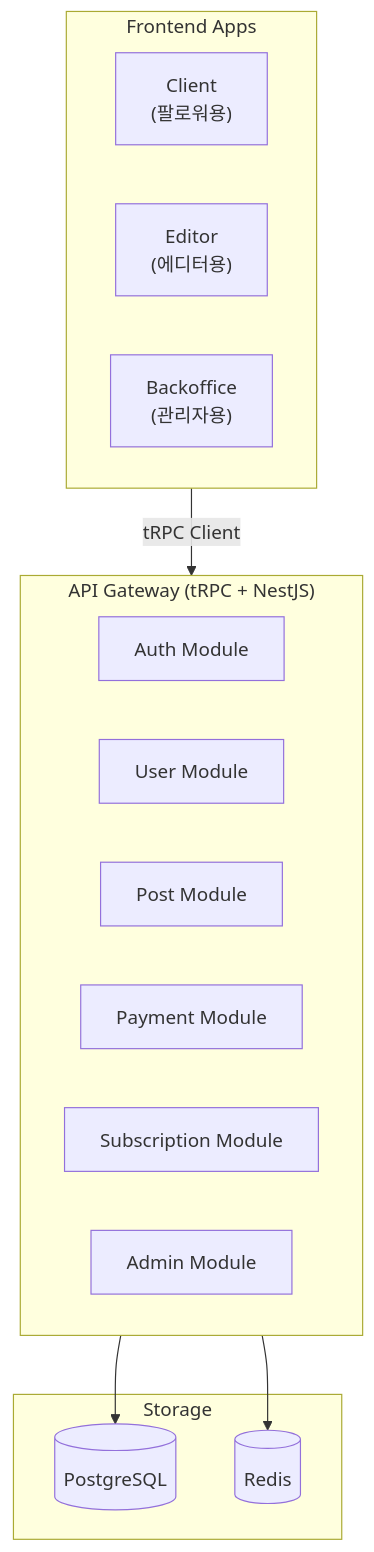
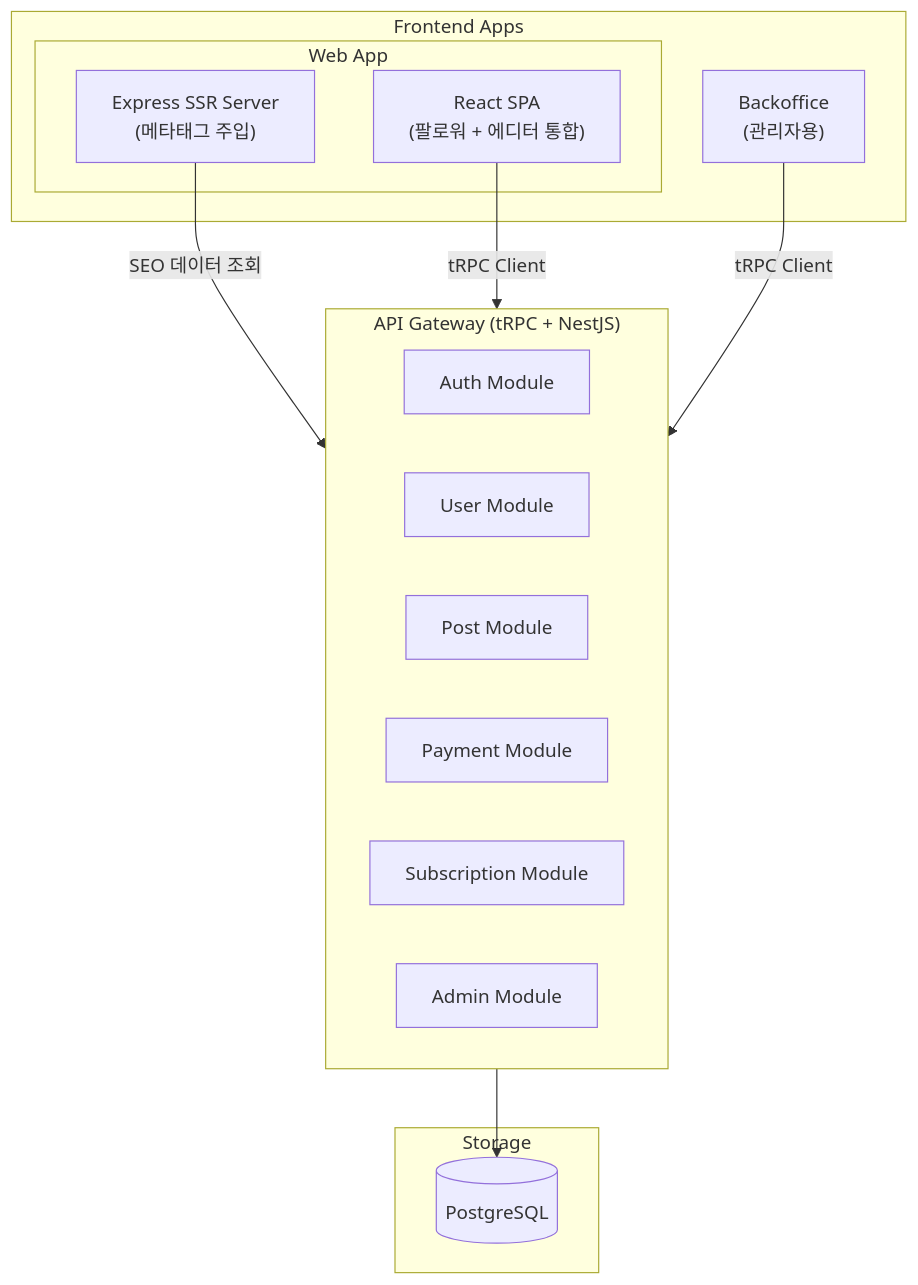
Before and after one commit to overdunenet/readly: the first of 3 diagrams in .claude/context/architecture/INDEX.md, drawn with Mermaid. The commit also changed other lines of this file and 8 other files, not shown here.

````diff
--- a/.claude/context/architecture/INDEX.md
+++ b/.claude/context/architecture/INDEX.md
@@ -16,26 +16,28 @@
 ```mermaid
 flowchart TB
     subgraph Frontend["Frontend Apps"]
-        Client["Client<br/>(팔로워용)"]
-        Editor["Editor<br/>(에디터용)"]
+        subgraph WebApp["Web App"]
+            SSR["Express SSR Server<br/>(메타태그 주입)"]
+            SPA["React SPA<br/>(팔로워 + 에디터 통합)"]
+        end
         Backoffice["Backoffice<br/>(관리자용)"]
     end
 
     subgraph API["API Gateway (tRPC + NestJS)"]
         Auth["Auth Module"]
         User["User Module"]
         Post["Post Module"]
         Payment["Payment Module"]
         Subscription["Subscription Module"]
         Admin["Admin Module"]
     end
 
     subgraph Storage["Storage"]
         PostgreSQL[(PostgreSQL)]
-        Redis[(Redis)]
     end
 
-    Frontend -->|tRPC Client| API
+    SSR -->|SEO 데이터 조회| API
+    SPA -->|tRPC Client| API
+    Backoffice -->|tRPC Client| API
     API --> PostgreSQL
-    API --> Redis
 ```
````
